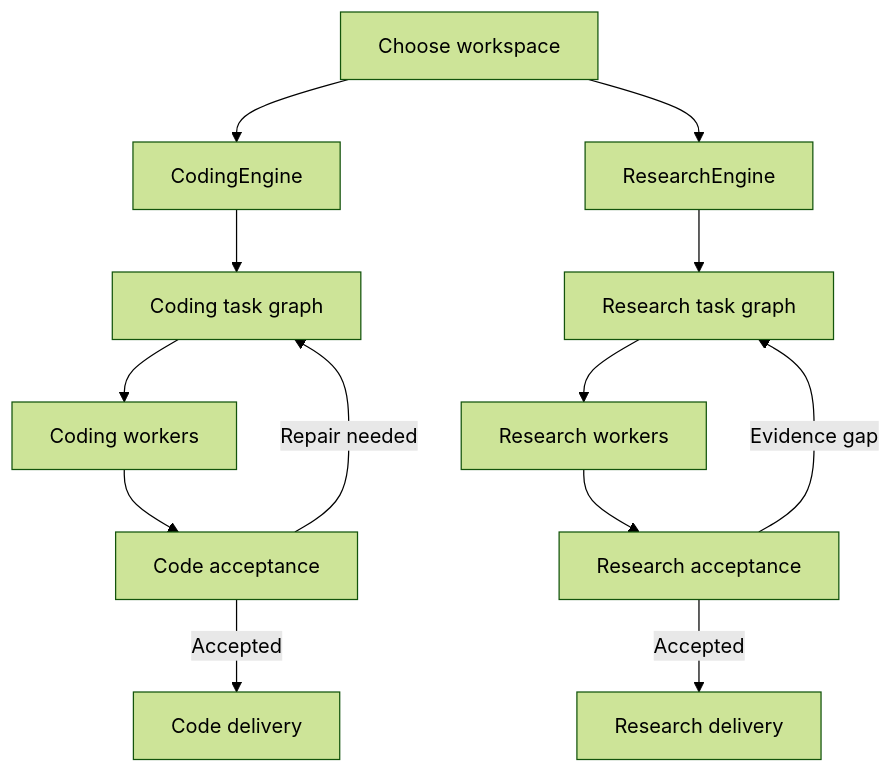
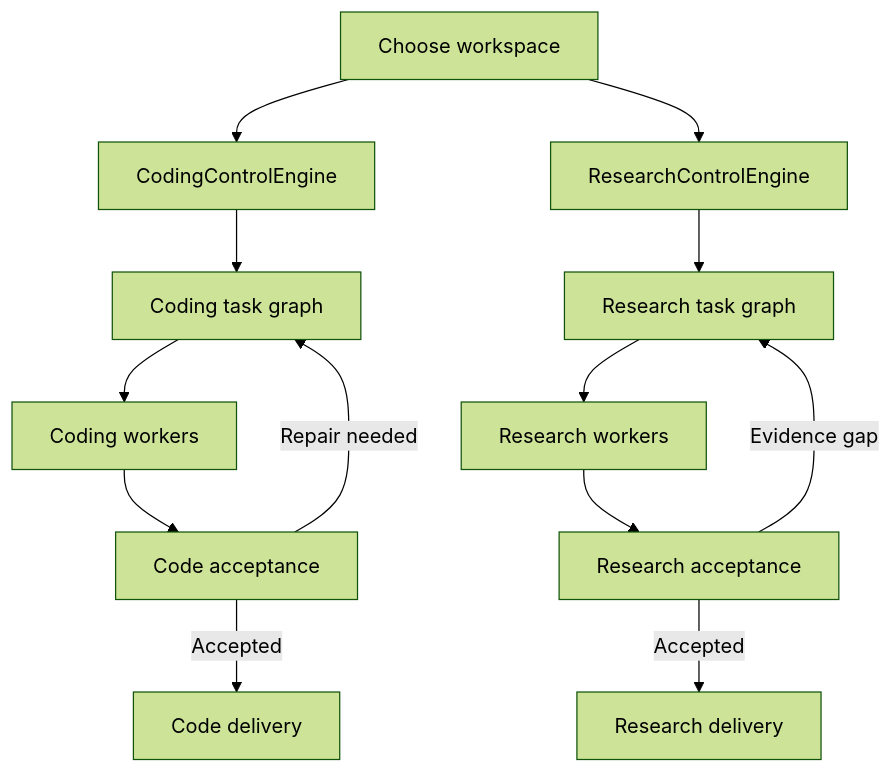
Before and after one commit to 123rahmat/KG: the diagram in docs/superpowers/specs/2026-10-09-coding-research-design.md, drawn with Mermaid (forest theme). The commit also changed other lines of this file, not shown here.

````diff
--- a/docs/superpowers/specs/2026-10-09-coding-research-design.md
+++ b/docs/superpowers/specs/2026-10-09-coding-research-design.md
@@ -311,15 +311,15 @@
 ```mermaid
 flowchart TD
-  U["Choose workspace"] --> C["CodingEngine"]
-  U --> R["ResearchEngine"]
+  U["Choose workspace"] --> C["CodingControlEngine"]
+  U --> R["ResearchControlEngine"]
   C --> CG["Coding task graph"]
   R --> RG["Research task graph"]
   CG --> CW["Coding workers"]
   RG --> RW["Research workers"]
   CW --> CV["Code acceptance"]
   RW --> RV["Research acceptance"]
   CV -->|"Repair needed"| CG
   RV -->|"Evidence gap"| RG
   CV -->|"Accepted"| CD["Code delivery"]
   RV -->|"Accepted"| RD["Research delivery"]
 ```
````
